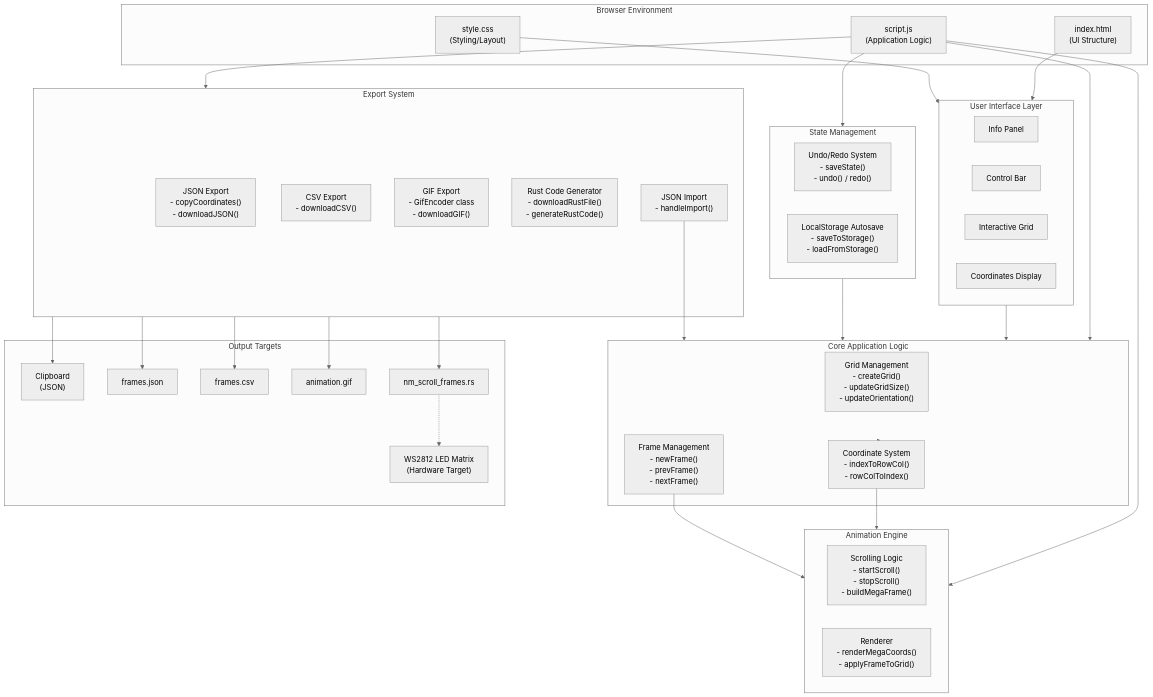
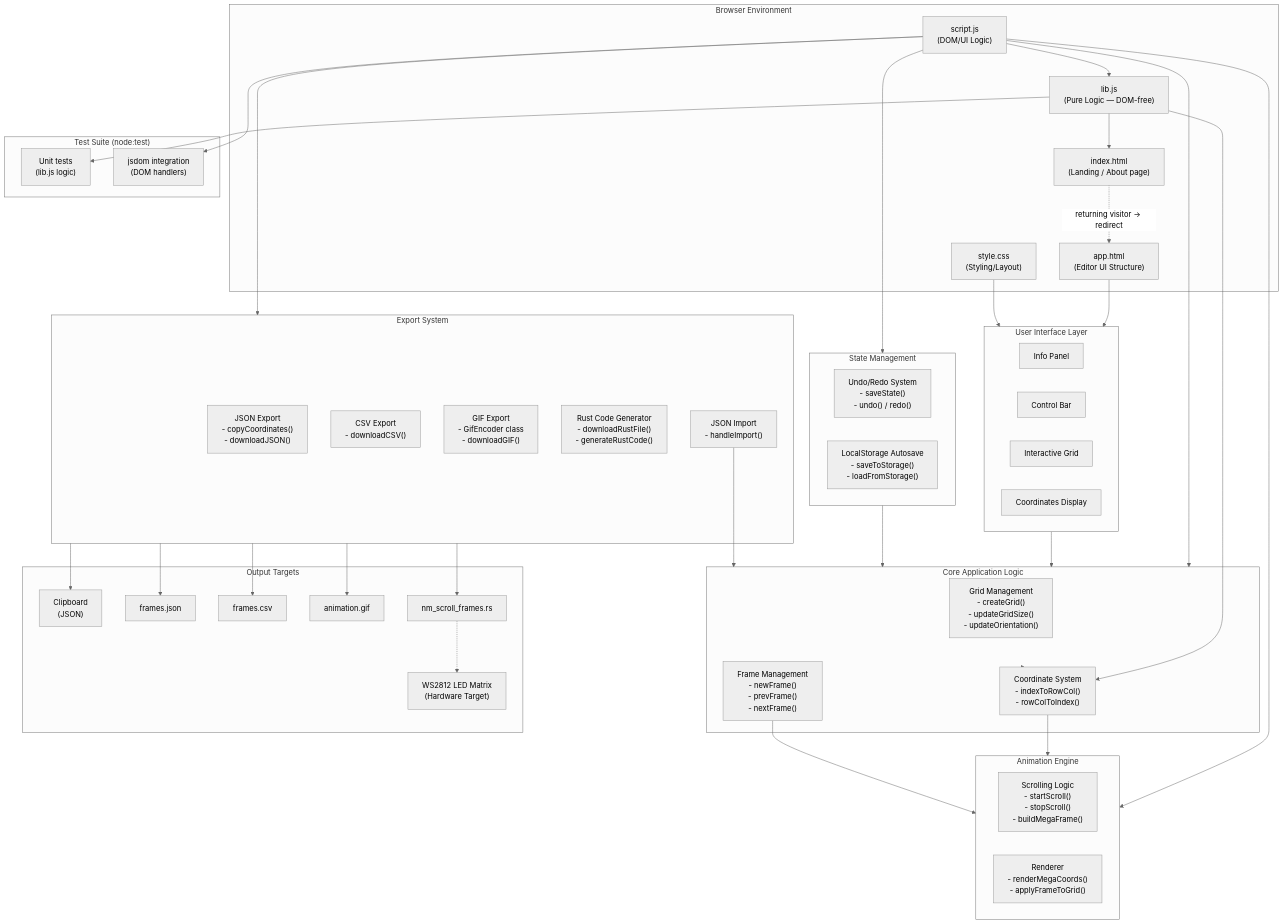
The diagram in public/data/portfolio/NeoMatrix-FrameCreator/architecture.md (Technical-1/All-About-Me), drawn with Mermaid (neutral theme) before and after one commit. The commit also changed other lines of this file and 54 other files, not shown here.

````diff
--- a/public/data/portfolio/NeoMatrix-FrameCreator/architecture.md
+++ b/public/data/portfolio/NeoMatrix-FrameCreator/architecture.md
@@ -5,69 +5,82 @@
 ```mermaid
 flowchart TB
     subgraph Browser["Browser Environment"]
-        HTML["index.html<br/>(UI Structure)"]
+        Landing["index.html<br/>(Landing / About page)"]
+        HTML["app.html<br/>(Editor UI Structure)"]
         CSS["style.css<br/>(Styling/Layout)"]
-        JS["script.js<br/>(Application Logic)"]
+        JS["script.js<br/>(DOM/UI Logic)"]
+        LIB["lib.js<br/>(Pure Logic — DOM-free)"]
+    end
+
+    subgraph Tests["Test Suite (node:test)"]
+        Unit["Unit tests<br/>(lib.js logic)"]
+        Integration["jsdom integration<br/>(DOM handlers)"]
     end
 
     subgraph UserInterface["User Interface Layer"]
         InfoPanel["Info Panel"]
         Controls["Control Bar"]
         Grid["Interactive Grid"]
         Display["Coordinates Display"]
     end
 
     subgraph CoreLogic["Core Application Logic"]
         GridManager["Grid Management<br/>- createGrid()<br/>- updateGridSize()<br/>- updateOrientation()"]
         FrameManager["Frame Management<br/>- newFrame()<br/>- prevFrame()<br/>- nextFrame()"]
         CoordSystem["Coordinate System<br/>- indexToRowCol()<br/>- rowColToIndex()"]
     end
 
     subgraph Animation["Animation Engine"]
         ScrollEngine["Scrolling Logic<br/>- startScroll()<br/>- stopScroll()<br/>- buildMegaFrame()"]
         Renderer["Renderer<br/>- renderMegaCoords()<br/>- applyFrameToGrid()"]
     end
 
     subgraph StateManagement["State Management"]
         UndoRedo["Undo/Redo System<br/>- saveState()<br/>- undo() / redo()"]
         Autosave["LocalStorage Autosave<br/>- saveToStorage()<br/>- loadFromStorage()"]
     end
 
     subgraph Export["Export System"]
         JSONExport["JSON Export<br/>- copyCoordinates()<br/>- downloadJSON()"]
         CSVExport["CSV Export<br/>- downloadCSV()"]
         GIFExport["GIF Export<br/>- GifEncoder class<br/>- downloadGIF()"]
         RustExport["Rust Code Generator<br/>- downloadRustFile()<br/>- generateRustCode()"]
         ImportSystem["JSON Import<br/>- handleImport()"]
     end
 
     subgraph Output["Output Targets"]
         Clipboard["Clipboard<br/>(JSON)"]
         JSONFile["frames.json"]
         CSVFile["frames.csv"]
         GIFFile["animation.gif"]
         RustFile["nm_scroll_frames.rs"]
         LEDMatrix["WS2812 LED Matrix<br/>(Hardware Target)"]
     end
 
     HTML --> UserInterface
     CSS --> UserInterface
     JS --> CoreLogic
     JS --> Animation
     JS --> Export
     JS --> StateManagement
+    JS --> LIB
+    LIB --> CoordSystem
+    LIB --> Unit
+    JS --> Integration
+    Landing -.->|"returning visitor → redirect"| HTML
+    LIB --> Landing
 
     UserInterface --> CoreLogic
     CoreLogic --> CoordSystem
     CoordSystem --> Animation
     FrameManager --> Animation
     StateManagement --> CoreLogic
 
     ImportSystem --> CoreLogic
     Export --> Clipboard
     Export --> JSONFile
     Export --> CSVFile
     Export --> GIFFile
     Export --> RustFile
     RustFile -.-> LEDMatrix
 ```
````
